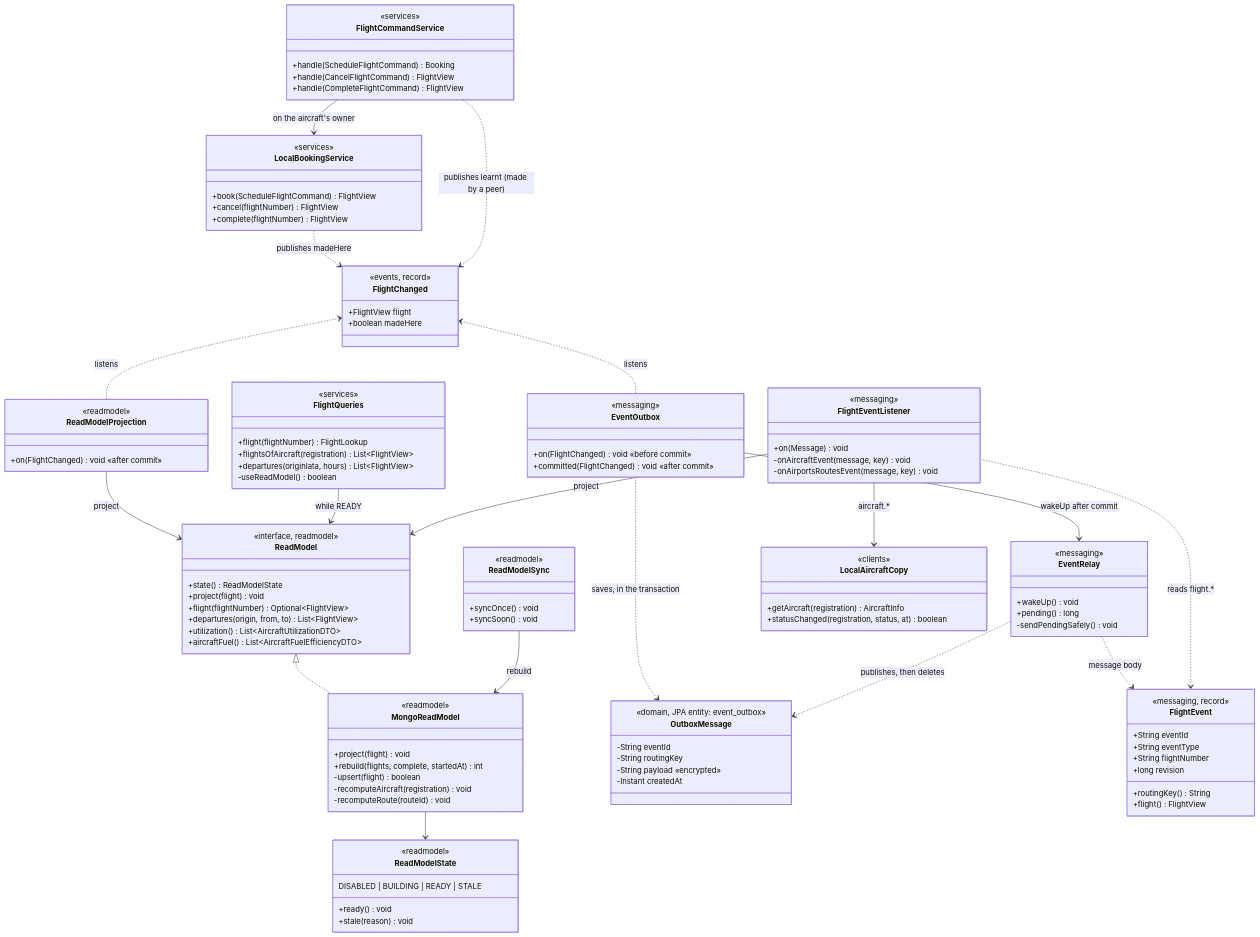
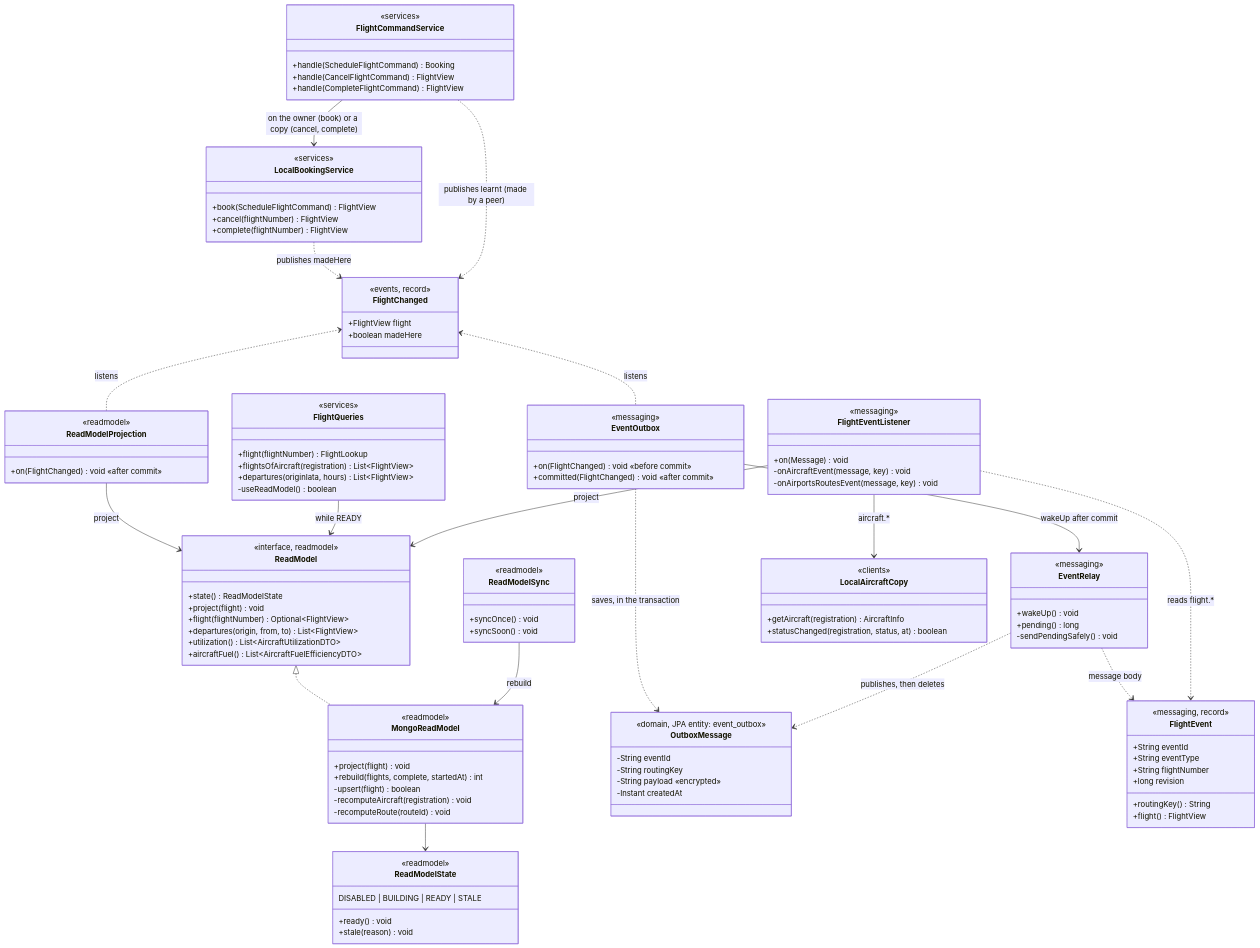
The diagram in docs/c4/4b-code-events.mmd (ImJay1527/flight-operations-service), drawn with Mermaid before and after one commit. The commit also changed 9 other files, not shown here.

First line of the commit message:
Cancel and complete in the C4 views, A2 screenshots, folder 17 waits for the projection

```diff
--- a/docs/c4/4b-code-events.mmd
+++ b/docs/c4/4b-code-events.mmd
@@ -1,116 +1,116 @@
 %% C4 Level 4 - Code: the classes behind CQRS and messaging (only the significant members)
 classDiagram
     direction TB
 
     class FlightChanged {
         <<events, record>>
         +FlightView flight
         +boolean madeHere
     }
     class FlightCommandService {
         <<services>>
         +handle(ScheduleFlightCommand) Booking
         +handle(CancelFlightCommand) FlightView
         +handle(CompleteFlightCommand) FlightView
     }
     class LocalBookingService {
         <<services>>
         +book(ScheduleFlightCommand) FlightView
         +cancel(flightNumber) FlightView
         +complete(flightNumber) FlightView
     }
     class FlightQueries {
         <<services>>
         +flight(flightNumber) FlightLookup
         +flightsOfAircraft(registration) List~FlightView~
         +departures(originIata, hours) List~FlightView~
         -useReadModel() boolean
     }
     class ReadModel {
         <<interface, readmodel>>
         +state() ReadModelState
         +project(flight) void
         +flight(flightNumber) Optional~FlightView~
         +departures(origin, from, to) List~FlightView~
         +utilization() List~AircraftUtilizationDTO~
         +aircraftFuel() List~AircraftFuelEfficiencyDTO~
     }
     class MongoReadModel {
         <<readmodel>>
         +project(flight) void
         +rebuild(flights, complete, startedAt) int
         -upsert(flight) boolean
         -recomputeAircraft(registration) void
         -recomputeRoute(routeId) void
     }
     class ReadModelState {
         <<readmodel>>
         DISABLED | BUILDING | READY | STALE
         +ready() void
         +stale(reason) void
     }
     class ReadModelProjection {
         <<readmodel>>
         +on(FlightChanged) void «after commit»
     }
     class ReadModelSync {
         <<readmodel>>
         +syncOnce() void
         +syncSoon() void
     }
     class EventOutbox {
         <<messaging>>
         +on(FlightChanged) void «before commit»
         +committed(FlightChanged) void «after commit»
     }
     class OutboxMessage {
         <<domain, JPA entity: event_outbox>>
         -String eventId
         -String routingKey
         -String payload «encrypted»
         -Instant createdAt
     }
     class EventRelay {
         <<messaging>>
         +wakeUp() void
         +pending() long
         -sendPendingSafely() void
     }
     class FlightEvent {
         <<messaging, record>>
         +String eventId
         +String eventType
         +String flightNumber
         +long revision
         +routingKey() String
         +flight() FlightView
     }
     class FlightEventListener {
         <<messaging>>
         +on(Message) void
         -onAircraftEvent(message, key) void
         -onAirportsRoutesEvent(message, key) void
     }
     class LocalAircraftCopy {
         <<clients>>
         +getAircraft(registration) AircraftInfo
         +statusChanged(registration, status, at) boolean
     }
 
-    FlightCommandService --> LocalBookingService : on the aircraft's owner
+    FlightCommandService --> LocalBookingService : on the owner (book) or a copy (cancel, complete)
     LocalBookingService ..> FlightChanged : publishes madeHere
     FlightCommandService ..> FlightChanged : publishes learnt (made by a peer)
     FlightChanged <.. ReadModelProjection : listens
     FlightChanged <.. EventOutbox : listens
     ReadModelProjection --> ReadModel : project
     FlightQueries --> ReadModel : while READY
     ReadModel <|.. MongoReadModel
     MongoReadModel --> ReadModelState
     ReadModelSync --> MongoReadModel : rebuild
     EventOutbox ..> OutboxMessage : saves, in the transaction
     EventOutbox --> EventRelay : wakeUp after commit
     EventRelay ..> OutboxMessage : publishes, then deletes
     EventRelay ..> FlightEvent : message body
     FlightEventListener ..> FlightEvent : reads flight.*
     FlightEventListener --> ReadModel : project
     FlightEventListener --> LocalAircraftCopy : aircraft.*
```
